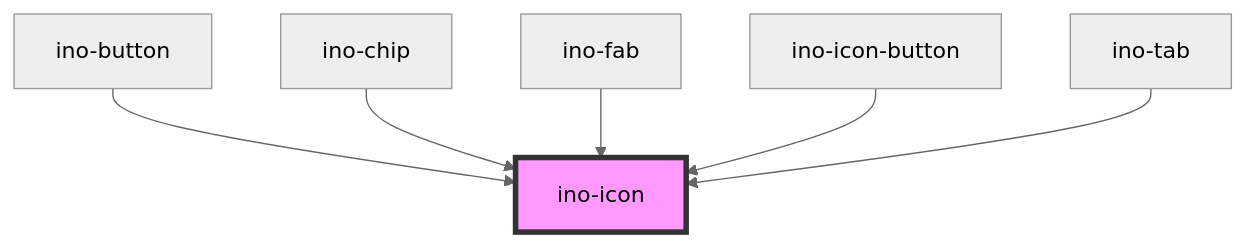
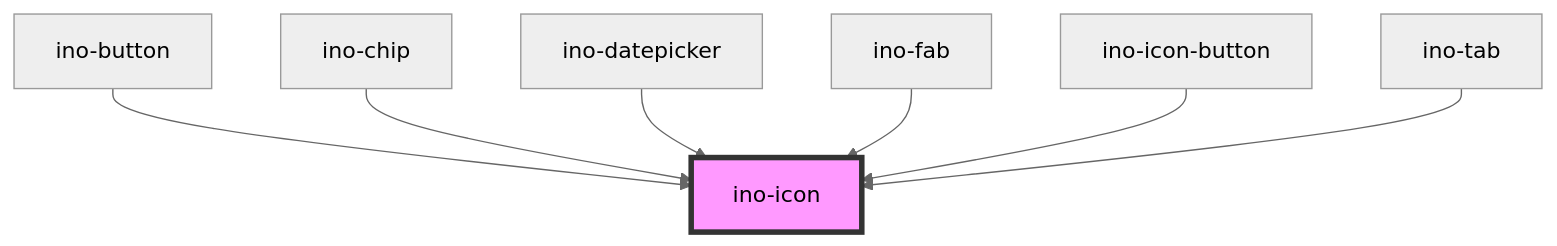
The diagram in packages/elements/src/components/ino-icon/readme.md (inovex/elements), drawn with Mermaid (neutral theme) before and after one commit. The commit also changed other lines of this file and 7 other files, not shown here.

First line of the commit message:
fix(ino-input): adjust spacing of ino-icon

````diff
--- a/packages/elements/src/components/ino-icon/readme.md
+++ b/packages/elements/src/components/ino-icon/readme.md
@@ -134,9 +135,10 @@
 ```mermaid
 graph TD;
   ino-button --> ino-icon
   ino-chip --> ino-icon
+  ino-datepicker --> ino-icon
   ino-fab --> ino-icon
   ino-icon-button --> ino-icon
   ino-tab --> ino-icon
   style ino-icon fill:#f9f,stroke:#333,stroke-width:4px
 ```
````
